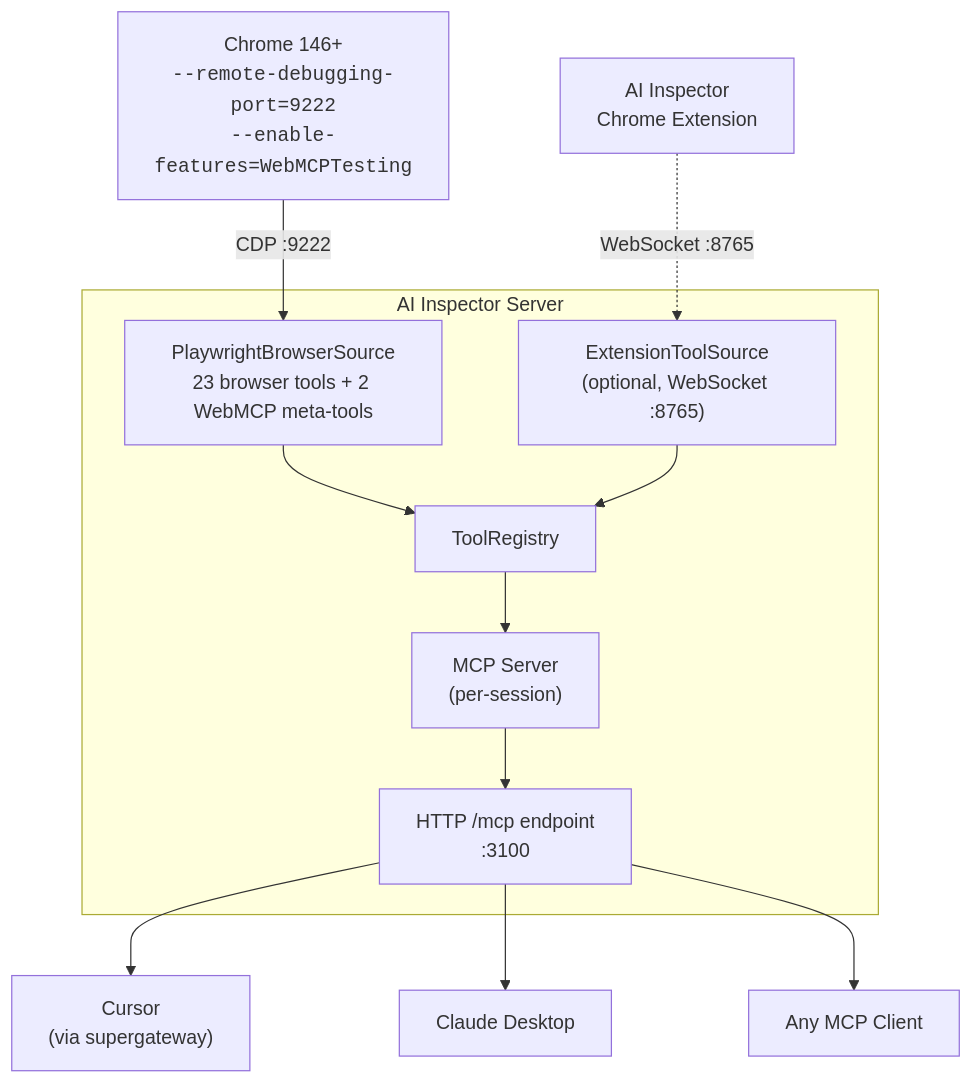
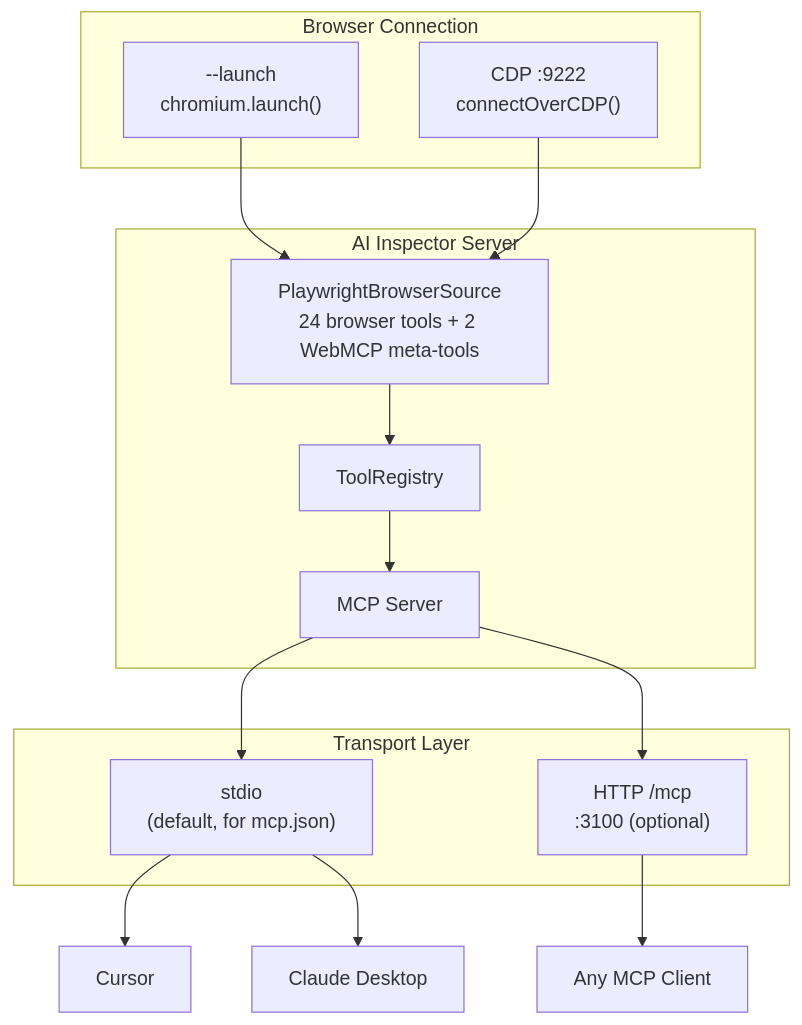
One commit to tech-sumit/react-webmcp changed the first of 5 diagrams in projects/webmcp/ai-inspector-server/README.md. Above: the diagram before and after it, drawn with Mermaid. The commit also changed other lines of this file and 8 other files, not shown here.

First line of the commit message:
feat: add stdio transport and browser launch mode to ai-inspector-server

````diff
--- a/projects/webmcp/ai-inspector-server/README.md
+++ b/projects/webmcp/ai-inspector-server/README.md
@@ -7,24 +24,29 @@
 ```mermaid
 graph TD
-    Chrome["Chrome 146+<br/><code>--remote-debugging-port=9222</code><br/><code>--enable-features=WebMCPTesting</code>"]
-
-    subgraph AI Inspector Server
-        PB["PlaywrightBrowserSource<br/>23 browser tools + 2 WebMCP meta-tools"]
-        EXT["ExtensionToolSource<br/>(optional, WebSocket :8765)"]
+    subgraph ai_inspector ["AI Inspector Server"]
+        PB["PlaywrightBrowserSource<br/>24 browser tools + 2 WebMCP meta-tools"]
         TR[ToolRegistry]
-        MCP["MCP Server<br/>(per-session)"]
-        HTTP["HTTP /mcp endpoint<br/>:3100"]
+        MCP["MCP Server"]
     end
 
-    Chrome -- "CDP :9222" --> PB
+    subgraph transport ["Transport Layer"]
+        STDIO["stdio<br/>(default, for mcp.json)"]
+        HTTP["HTTP /mcp<br/>:3100 (optional)"]
+    end
+
+    subgraph browser_modes ["Browser Connection"]
+        Launch["--launch<br/>chromium.launch()"]
+        CDP["CDP :9222<br/>connectOverCDP()"]
+    end
+
+    Launch --> PB
+    CDP --> PB
     PB --> TR
-    EXT --> TR
     TR --> MCP
+    MCP --> STDIO
     MCP --> HTTP
 
-    HTTP --> Cursor["Cursor<br/>(via supergateway)"]
-    HTTP --> Claude["Claude Desktop"]
-    HTTP --> Other["Any MCP Client"]
-
-    ExtBrowser["AI Inspector<br/>Chrome Extension"] -. "WebSocket :8765" .-> EXT
+    STDIO --> Cursor["Cursor"]
+    STDIO --> Claude["Claude Desktop"]
+    HTTP --> Any["Any MCP Client"]
 ```
````
